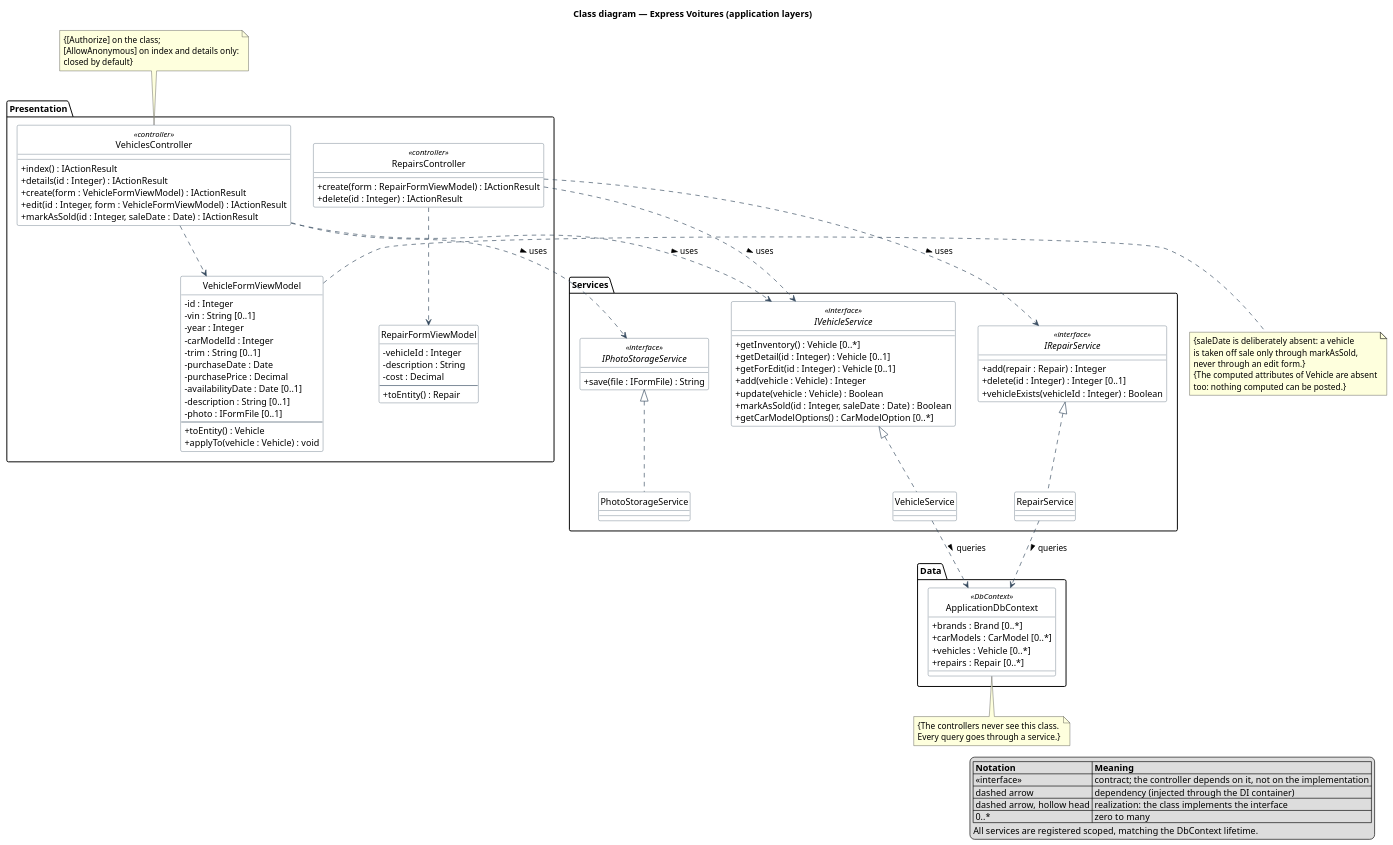
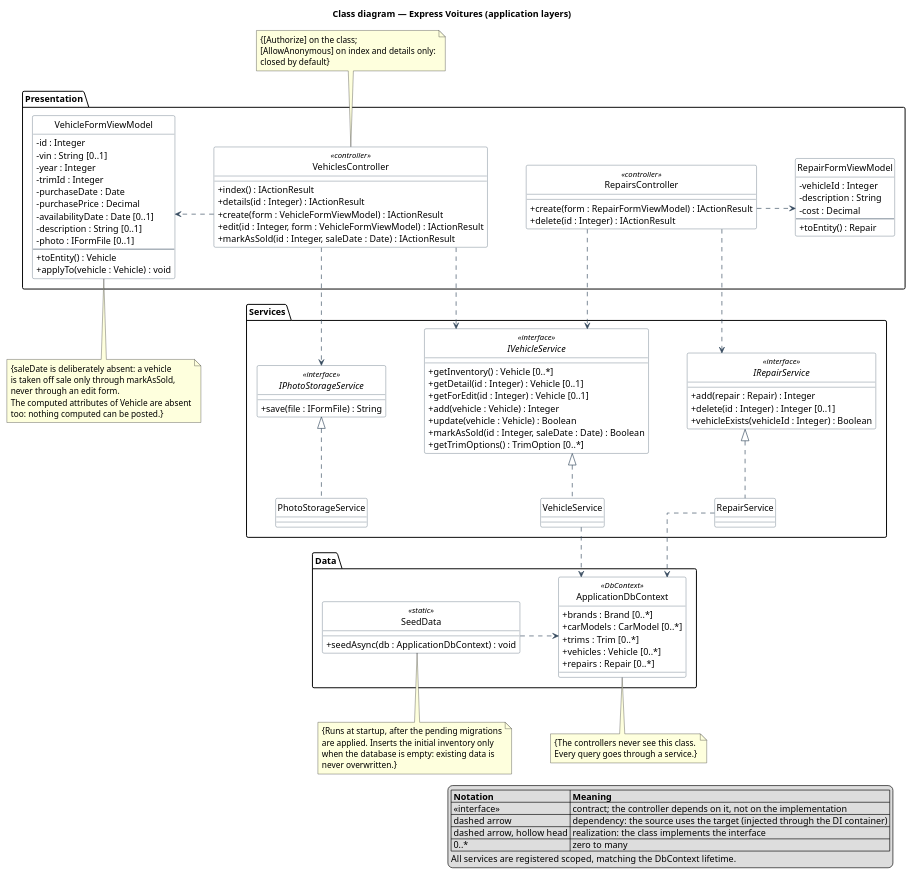
One commit to diasantoine/P5 changed the diagram in docs/uml/architecture.puml. Above: the diagram before and after it, drawn with PlantUML. The commit also changed 4 other files, not shown here.

First line of the commit message:
Met a jour les diagrammes UML : entite Trim, seed applicatif, lexique

```diff
--- a/docs/uml/architecture.puml
+++ b/docs/uml/architecture.puml
@@ -1,134 +1,161 @@
 @startuml architecture
 title Class diagram — Express Voitures (application layers)
 
 hide circle
 skinparam shadowing false
 skinparam classAttributeIconSize 0
+skinparam linetype ortho
+skinparam nodesep 60
+skinparam ranksep 70
 skinparam class {
   BackgroundColor White
   BorderColor #34495E
   ArrowColor #34495E
 }
+
+' Layout: one layer per row, top to bottom. Every dependency points downward,
+' so no arrow has to cross another one.
 
 package "Presentation" {
 
   class VehiclesController <<controller>> {
     +index() : IActionResult
     +details(id : Integer) : IActionResult
     +create(form : VehicleFormViewModel) : IActionResult
     +edit(id : Integer, form : VehicleFormViewModel) : IActionResult
     +markAsSold(id : Integer, saleDate : Date) : IActionResult
   }
 
   class RepairsController <<controller>> {
     +create(form : RepairFormViewModel) : IActionResult
     +delete(id : Integer) : IActionResult
   }
 
   class VehicleFormViewModel {
     -id : Integer
     -vin : String [0..1]
     -year : Integer
-    -carModelId : Integer
-    -trim : String [0..1]
+    -trimId : Integer
     -purchaseDate : Date
     -purchasePrice : Decimal
     -availabilityDate : Date [0..1]
     -description : String [0..1]
     -photo : IFormFile [0..1]
     --
     +toEntity() : Vehicle
     +applyTo(vehicle : Vehicle) : void
   }
 
   class RepairFormViewModel {
     -vehicleId : Integer
     -description : String
     -cost : Decimal
     --
     +toEntity() : Repair
   }
 }
 
 package "Services" {
 
+  interface IPhotoStorageService <<interface>> {
+    +save(file : IFormFile) : String
+  }
+
   interface IVehicleService <<interface>> {
     +getInventory() : Vehicle [0..*]
     +getDetail(id : Integer) : Vehicle [0..1]
     +getForEdit(id : Integer) : Vehicle [0..1]
     +add(vehicle : Vehicle) : Integer
     +update(vehicle : Vehicle) : Boolean
     +markAsSold(id : Integer, saleDate : Date) : Boolean
-    +getCarModelOptions() : CarModelOption [0..*]
+    +getTrimOptions() : TrimOption [0..*]
   }
-
-  class VehicleService
 
   interface IRepairService <<interface>> {
     +add(repair : Repair) : Integer
     +delete(id : Integer) : Integer [0..1]
     +vehicleExists(vehicleId : Integer) : Boolean
   }
 
+  class PhotoStorageService
+  class VehicleService
   class RepairService
-
-  interface IPhotoStorageService <<interface>> {
-    +save(file : IFormFile) : String
-  }
-
-  class PhotoStorageService
 }
 
 package "Data" {
 
   class ApplicationDbContext <<DbContext>> {
     +brands : Brand [0..*]
     +carModels : CarModel [0..*]
+    +trims : Trim [0..*]
     +vehicles : Vehicle [0..*]
     +repairs : Repair [0..*]
   }
+
+  class SeedData <<static>> {
+    +seedAsync(db : ApplicationDbContext) : void
+  }
 }
+
+' ---- Row 1: form view models sit next to their controller ----
+VehicleFormViewModel -[hidden]right- VehiclesController
+VehiclesController -[hidden]right- RepairsController
+RepairsController -[hidden]right- RepairFormViewModel
+
+' ---- Row 2: interfaces, then their implementations right below ----
+IPhotoStorageService -[hidden]right- IVehicleService
+IVehicleService -[hidden]right- IRepairService
+IPhotoStorageService <|.down. PhotoStorageService
+IVehicleService <|.down. VehicleService
+IRepairService <|.down. RepairService
+
+' ---- Row 3: data ----
+SeedData -[hidden]right- ApplicationDbContext
+
+' ---- Dependencies, all pointing downward ----
+VehiclesController .down.> VehicleFormViewModel
+RepairsController .down.> RepairFormViewModel
+VehiclesController .down.> IPhotoStorageService
+VehiclesController .down.> IVehicleService
+RepairsController .down.> IVehicleService
+RepairsController .down.> IRepairService
+VehicleService .down.> ApplicationDbContext
+RepairService .down.> ApplicationDbContext
+SeedData .right.> ApplicationDbContext
 
 note top of VehiclesController
   {[Authorize] on the class;
   [AllowAnonymous] on index and details only:
   closed by default}
 end note
 
-note right of VehicleFormViewModel
+note bottom of VehicleFormViewModel
   {saleDate is deliberately absent: a vehicle
   is taken off sale only through markAsSold,
-  never through an edit form.}
-  {The computed attributes of Vehicle are absent
+  never through an edit form.
+  The computed attributes of Vehicle are absent
   too: nothing computed can be posted.}
 end note
 
 note bottom of ApplicationDbContext
   {The controllers never see this class.
   Every query goes through a service.}
 end note
 
-IVehicleService <|.. VehicleService
-IRepairService <|.. RepairService
-IPhotoStorageService <|.. PhotoStorageService
-
-VehiclesController ..> IVehicleService : uses >
-VehiclesController ..> IPhotoStorageService : uses >
-VehiclesController ..> VehicleFormViewModel
-RepairsController ..> IRepairService : uses >
-RepairsController ..> IVehicleService : uses >
-RepairsController ..> RepairFormViewModel
-
-VehicleService ..> ApplicationDbContext : queries >
-RepairService ..> ApplicationDbContext : queries >
+note bottom of SeedData
+  {Runs at startup, after the pending migrations
+  are applied. Inserts the initial inventory only
+  when the database is empty: existing data is
+  never overwritten.}
+end note
 
 legend bottom right
   |= Notation |= Meaning |
   | <<interface>> | contract; the controller depends on it, not on the implementation |
-  | dashed arrow | dependency (injected through the DI container) |
+  | dashed arrow | dependency: the source uses the target (injected through the DI container) |
   | dashed arrow, hollow head | realization: the class implements the interface |
   | 0..* | zero to many |
   All services are registered scoped, matching the DbContext lifetime.
 endlegend
 
 @enduml
```
